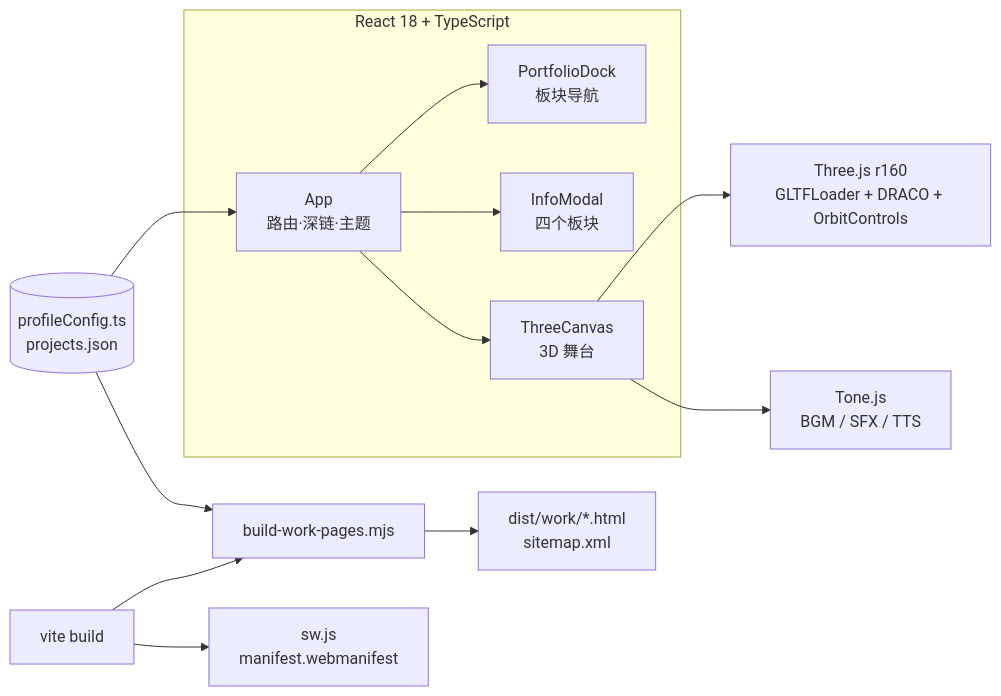
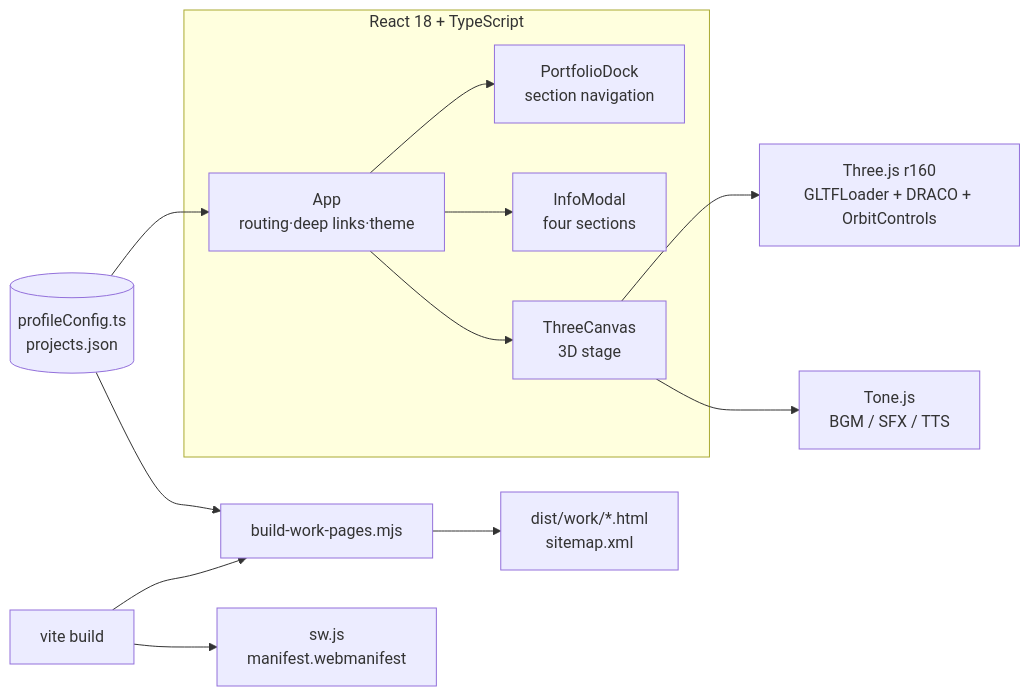
One commit to ElijahZhao/Self-Introduction changed the diagram in README.md. Above: the diagram before and after it, drawn with Mermaid. The commit also changed other lines of this file and 2 other files, not shown here.

````diff
--- a/README.md
+++ b/README.md
@@ -98,20 +98,20 @@
 ```mermaid
 flowchart LR
   subgraph UI["React 18 + TypeScript"]
-    App["App<br/>路由·深链·主题"]
-    Dock["PortfolioDock<br/>板块导航"]
-    Modal["InfoModal<br/>四个板块"]
-    Stage["ThreeCanvas<br/>3D 舞台"]
+    App["App<br/>routing·deep links·theme"]
+    Dock["PortfolioDock<br/>section navigation"]
+    Modal["InfoModal<br/>four sections"]
+    Stage["ThreeCanvas<br/>3D stage"]
     App --> Dock
     App --> Modal
     App --> Stage
   end
 
   Data[("profileConfig.ts<br/>projects.json")] --> App
   Data --> Gen["build-work-pages.mjs"]
   Stage --> Three["Three.js r160<br/>GLTFLoader + DRACO + OrbitControls"]
   Stage --> Sound["Tone.js<br/>BGM / SFX / TTS"]
   Build["vite build"] --> Gen
   Gen --> Pages["dist/work/*.html<br/>sitemap.xml"]
   Build --> SW["sw.js<br/>manifest.webmanifest"]
 ```
````
